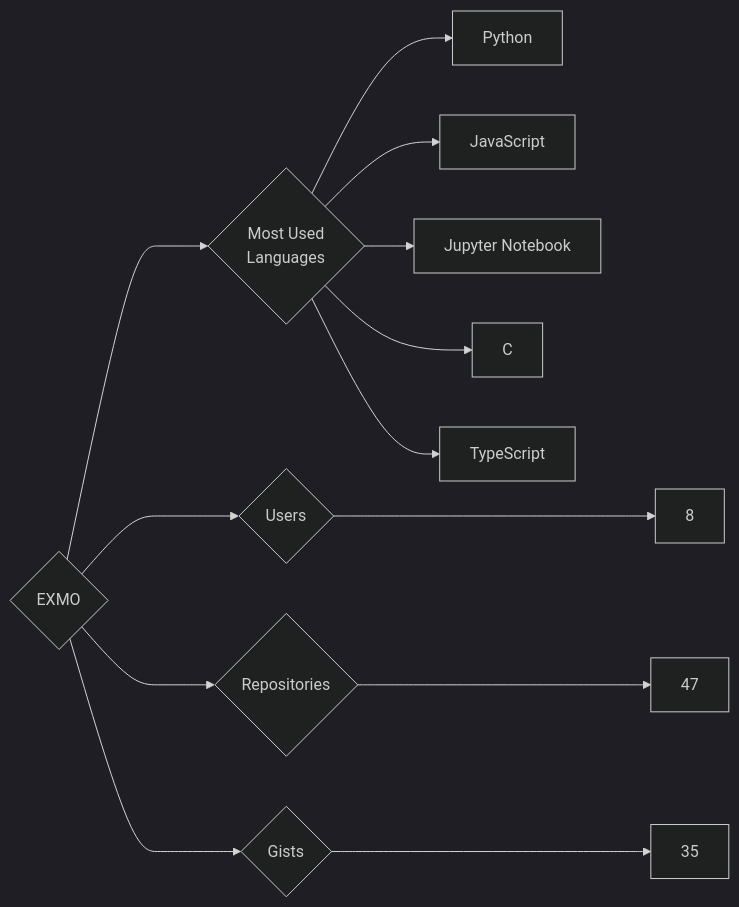
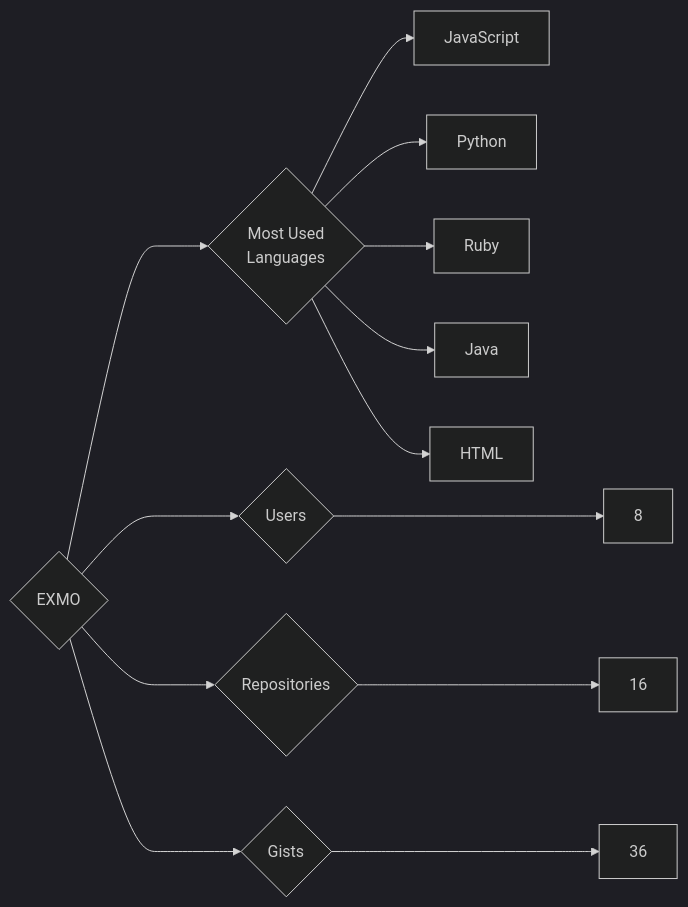
One commit to trickest/insiders changed the diagram in targets/EXMO/README.md. Above: the diagram before and after it, drawn with Mermaid (dark theme). The commit also changed 1212 other files, not shown here.

````diff
--- a/targets/EXMO/README.md
+++ b/targets/EXMO/README.md
@@ -3,13 +3,13 @@
 ```mermaid
 graph LR
 COMPANY_NAME{EXMO}
 COMPANY_NAME ---> U{Users} ---> UN[8]
-COMPANY_NAME ---> R{Repositories} ---> RN[47]
-COMPANY_NAME ---> G{Gists} ---> GN[35]
+COMPANY_NAME ---> R{Repositories} ---> RN[16]
+COMPANY_NAME ---> G{Gists} ---> GN[36]
 COMPANY_NAME ---> ML{Most Used<br>Languages}
+ML --> JavaScript[JavaScript]
 ML --> Python[Python]
-ML --> JavaScript[JavaScript]
-ML --> Jupyter_Notebook[Jupyter Notebook]
-ML --> C[C]
-ML --> TypeScript[TypeScript]
+ML --> Ruby[Ruby]
+ML --> Java[Java]
+ML --> HTML[HTML]
 ```
````
